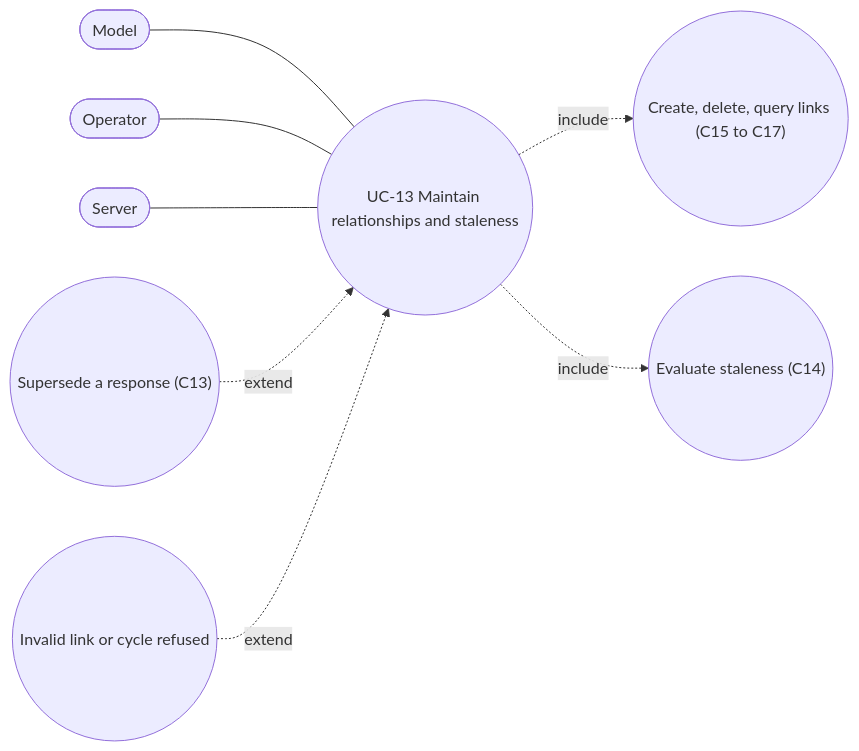
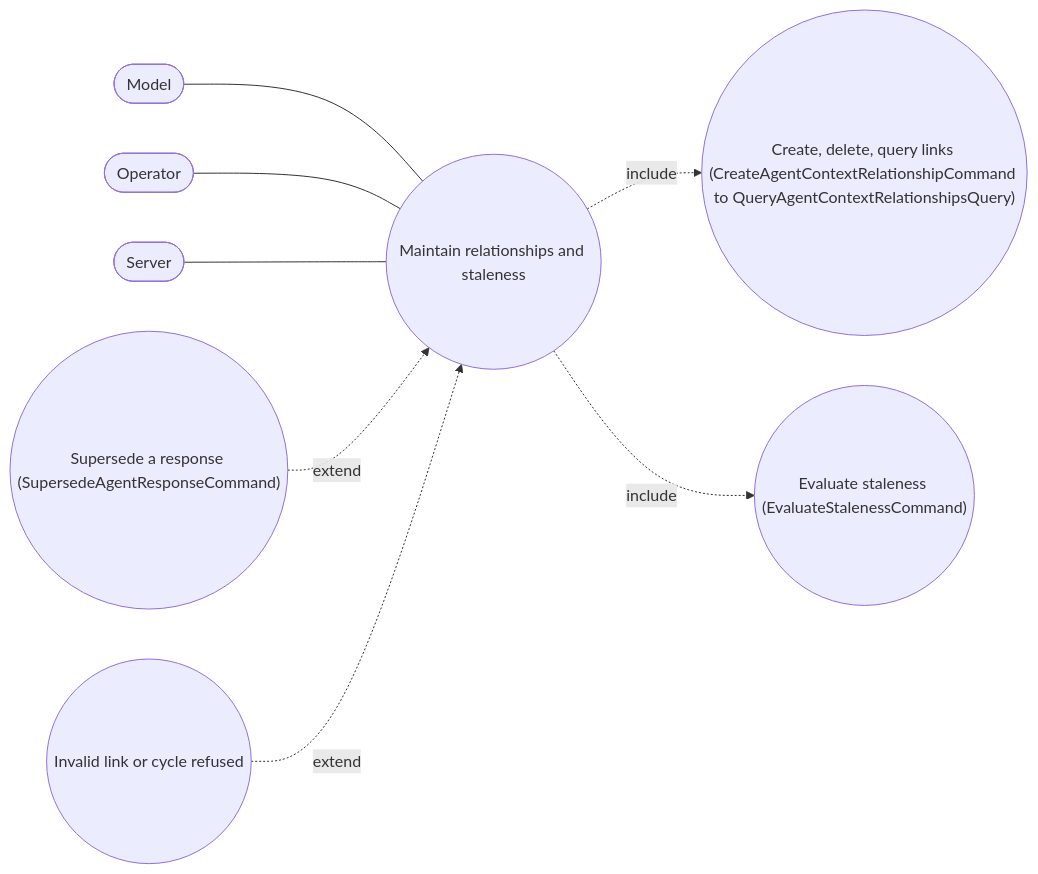
Before and after one commit to sharpninja/McpServer: diagram 53 of 59 in docs/Stateless-Agent-Context-Management.md, drawn with Mermaid. The commit also changed other lines of this file, not shown here.

First line of the commit message:
docs: update stateless agent context for the PowerShell-only plugin core

````diff
--- a/docs/Stateless-Agent-Context-Management.md
+++ b/docs/Stateless-Agent-Context-Management.md
@@ -1477,10 +1701,10 @@
 ```mermaid
 flowchart LR
-    MD(["Model"]) --- U(("UC-13 Maintain relationships and staleness"))
+    MD(["Model"]) --- U(("Maintain relationships and staleness"))
     OP(["Operator"]) --- U
     SV(["Server"]) --- U
-    U -. include .-> I1(("Create, delete, query links (C15 to C17)"))
-    U -. include .-> I2(("Evaluate staleness (C14)"))
-    E1(("Supersede a response (C13)")) -. extend .-> U
+    U -. include .-> I1(("Create, delete, query links (CreateAgentContextRelationshipCommand to QueryAgentContextRelationshipsQuery)"))
+    U -. include .-> I2(("Evaluate staleness (EvaluateStalenessCommand)"))
+    E1(("Supersede a response (SupersedeAgentResponseCommand)")) -. extend .-> U
     E2(("Invalid link or cycle refused")) -. extend .-> U
 ```
````
